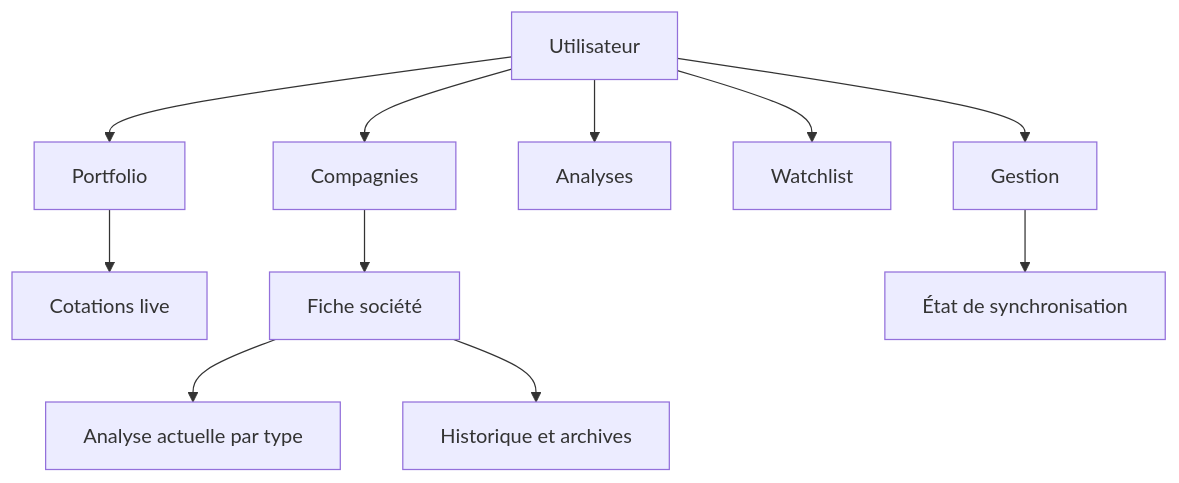
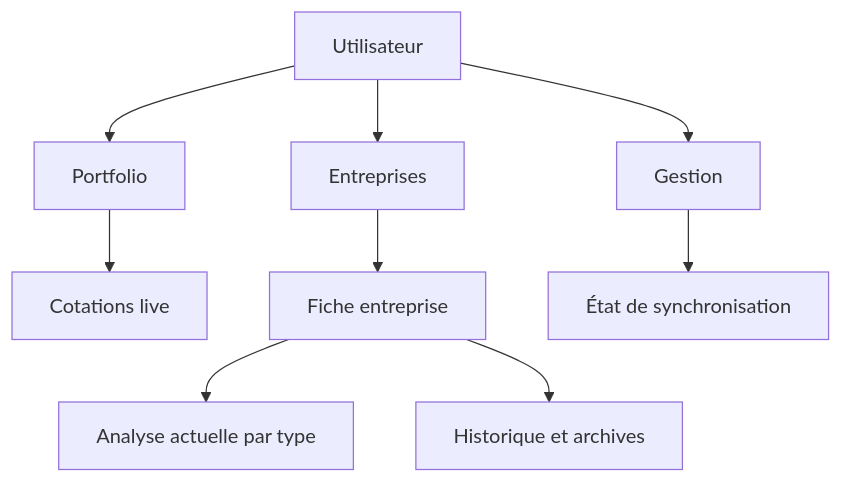
Before and after one commit to erwancgn/investment-os: the first of 2 diagrams in README.md, drawn with Mermaid. The commit also changed other lines of this file and 39 other files, not shown here.

```diff
--- a/README.md
+++ b/README.md
@@ -11,13 +11,11 @@
 ~~~mermaid
 flowchart TD
   U[Utilisateur] --> P[Portfolio]
-  U --> C[Compagnies]
-  U --> A[Analyses]
-  U --> W[Watchlist]
+  U --> C[Entreprises]
   U --> G[Gestion]
   P --> Q[Cotations live]
-  C --> D[Fiche société]
+  C --> D[Fiche entreprise]
   D --> R[Analyse actuelle par type]
   D --> H[Historique et archives]
   G --> S[État de synchronisation]
 ~~~
```
